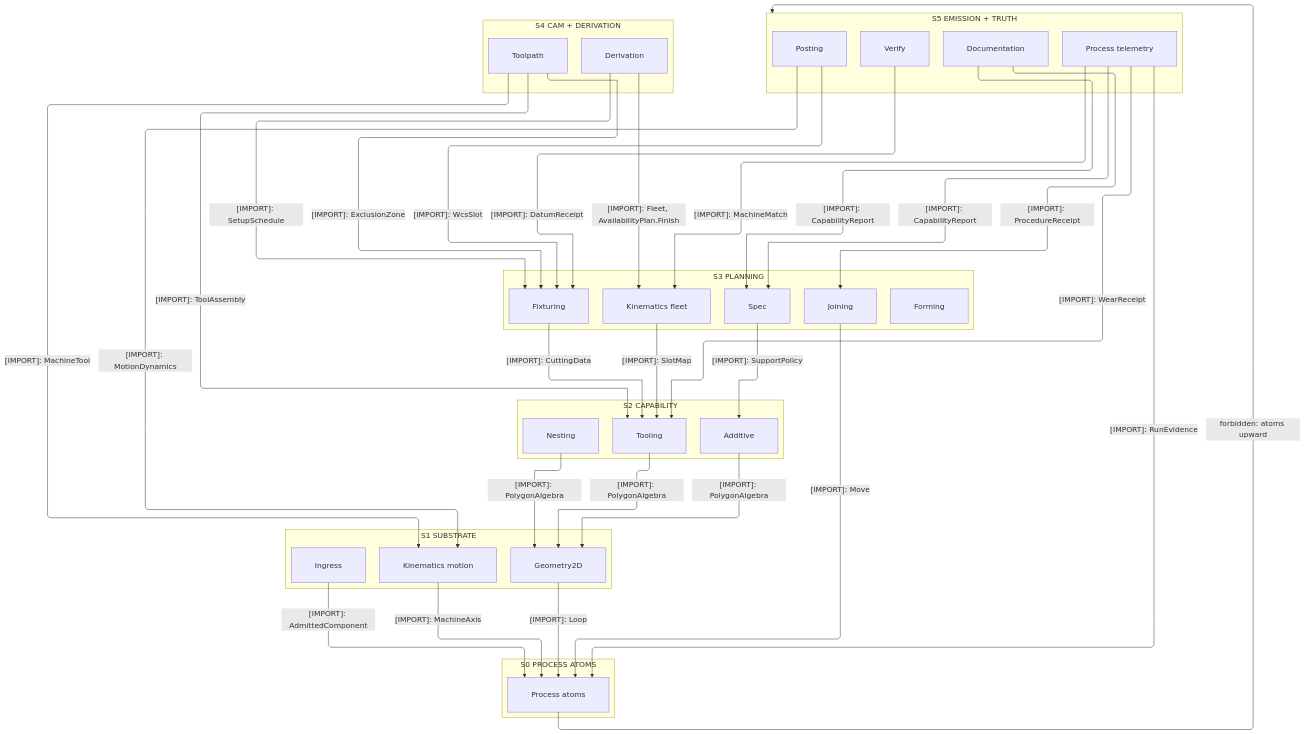
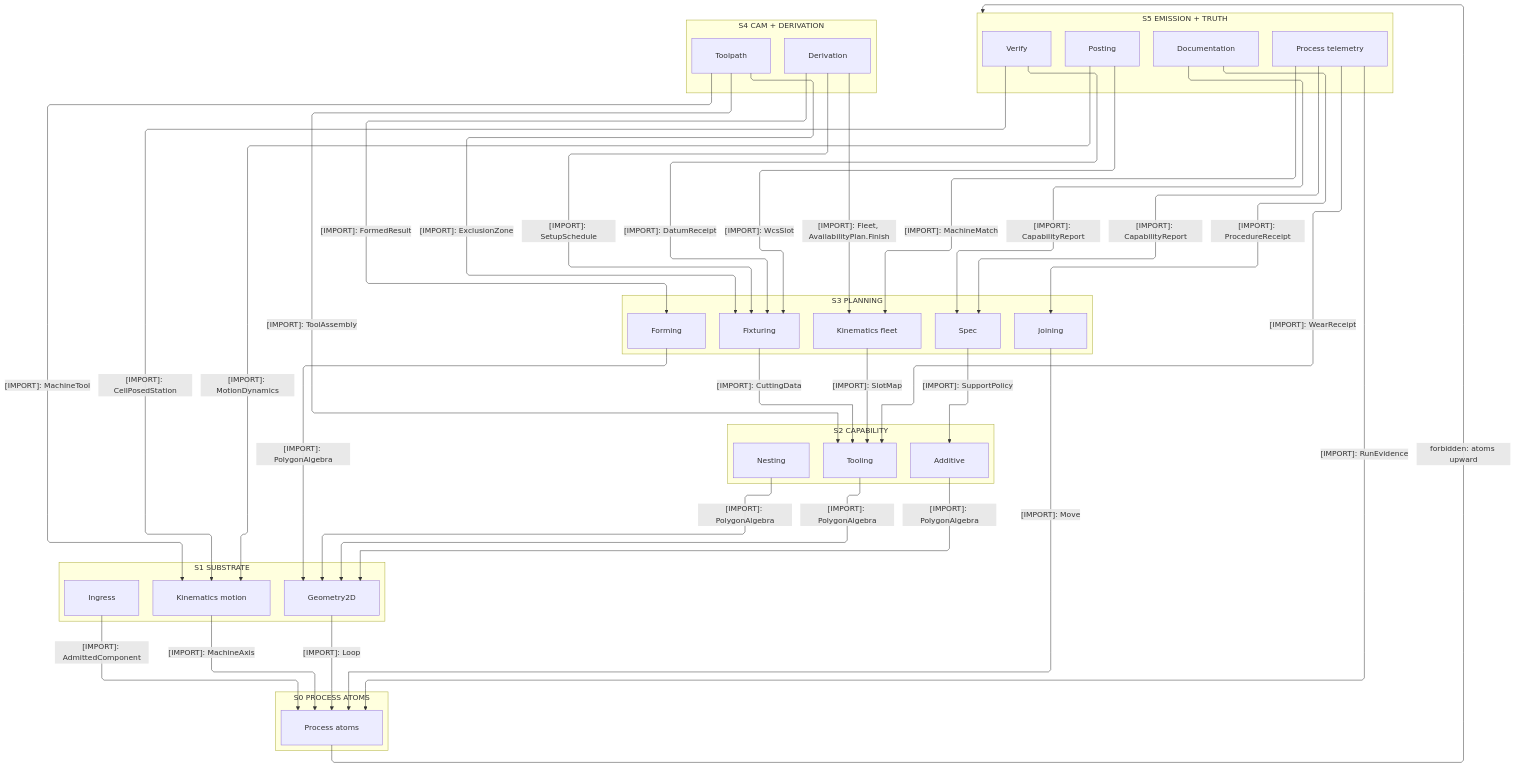
Before and after one commit to bsamiee/Rasm: the first of 3 diagrams in libs/csharp/Rasm.Fabrication/ARCHITECTURE.md, drawn with Mermaid. The commit also changed other lines of this file and 108 other files, not shown here.

Commit message:
Land the coldpass doc-set deltas across README, ARCHITECTURE, RULINGS, IDEAS, and TASKLOG files

````diff
--- a/libs/csharp/Rasm.Fabrication/ARCHITECTURE.md
+++ b/libs/csharp/Rasm.Fabrication/ARCHITECTURE.md
@@ -112,67 +112,70 @@
 ```mermaid
 ---
 config:
   layout: elk
   flowchart:
     curve: linear
     padding: 25
 ---
 flowchart TB
     accTitle: Rasm.Fabrication interior strata
     accDescr: Six stacked strata from the posting, verify, and documentation truth stratum through the CAM plane and derivation aggregator, the planning owners, the capability owners, and the substrate lanes onto the process atoms floor, every consumption edge downward and solid naming one sourced type, and one forbidden upward edge labeled as such.
     subgraph S5["S5 EMISSION + TRUTH"]
         Posting[Posting]
         Verify[Verify]
         Documentation[Documentation]
         Telemetry[Process telemetry]
     end
     subgraph S4["S4 CAM + DERIVATION"]
         Toolpath[Toolpath]
         Derivation[Derivation]
     end
     subgraph S3["S3 PLANNING"]
         Fixturing[Fixturing]
         Forming[Forming]
         Joining[Joining]
         Spec[Spec]
         Fleet[Kinematics fleet]
     end
     subgraph S2["S2 CAPABILITY"]
         Tooling[Tooling]
         Nesting[Nesting]
         Additive[Additive]
     end
     subgraph S1["S1 SUBSTRATE"]
         Geometry2D[Geometry2D]
         Ingress[Ingress]
         Motion[Kinematics motion]
     end
     subgraph S0["S0 PROCESS ATOMS"]
         Atoms[Process atoms]
     end
     Verify e2@-->|"[IMPORT]: DatumReceipt"| Fixturing
+    Verify e29@-->|"[IMPORT]: CellPosedStation"| Motion
     Documentation e3@-->|"[IMPORT]: CapabilityReport"| Spec
     Toolpath e4@-->|"[IMPORT]: ToolAssembly"| Tooling
     Toolpath e5@-->|"[IMPORT]: MachineTool"| Motion
     Toolpath e6@-->|"[IMPORT]: ExclusionZone"| Fixturing
     Derivation e7@-->|"[IMPORT]: SetupSchedule"| Fixturing
     Derivation e8@-->|"[IMPORT]: Fleet, AvailabilityPlan.Finish"| Fleet
+    Derivation e30@-->|"[IMPORT]: FormedResult"| Forming
     Fixturing e9@-->|"[IMPORT]: CuttingData"| Tooling
+    Forming e31@-->|"[IMPORT]: PolygonAlgebra"| Geometry2D
     Spec e10@-->|"[IMPORT]: SupportPolicy"| Additive
     Joining e11@-->|"[IMPORT]: Move"| Atoms
     Tooling e12@-->|"[IMPORT]: PolygonAlgebra"| Geometry2D
     Nesting e13@-->|"[IMPORT]: PolygonAlgebra"| Geometry2D
     Additive e14@-->|"[IMPORT]: PolygonAlgebra"| Geometry2D
     Geometry2D e15@-->|"[IMPORT]: Loop"| Atoms
     Ingress e16@-->|"[IMPORT]: AdmittedComponent"| Atoms
     Motion e17@-->|"[IMPORT]: MachineAxis"| Atoms
     Fleet e18@-->|"[IMPORT]: SlotMap"| Tooling
     Documentation e22@-->|"[IMPORT]: ProcedureReceipt"| Joining
     Posting e23@-->|"[IMPORT]: WcsSlot"| Fixturing
     Posting e24@-->|"[IMPORT]: MotionDynamics"| Motion
     Telemetry e25@-->|"[IMPORT]: WearReceipt"| Tooling
     Telemetry e26@-->|"[IMPORT]: MachineMatch"| Fleet
     Telemetry e27@-->|"[IMPORT]: CapabilityReport"| Spec
     Telemetry e28@-->|"[IMPORT]: RunEvidence"| Atoms
     Atoms f1@-->|"forbidden: atoms upward"| S5
 ```
````
